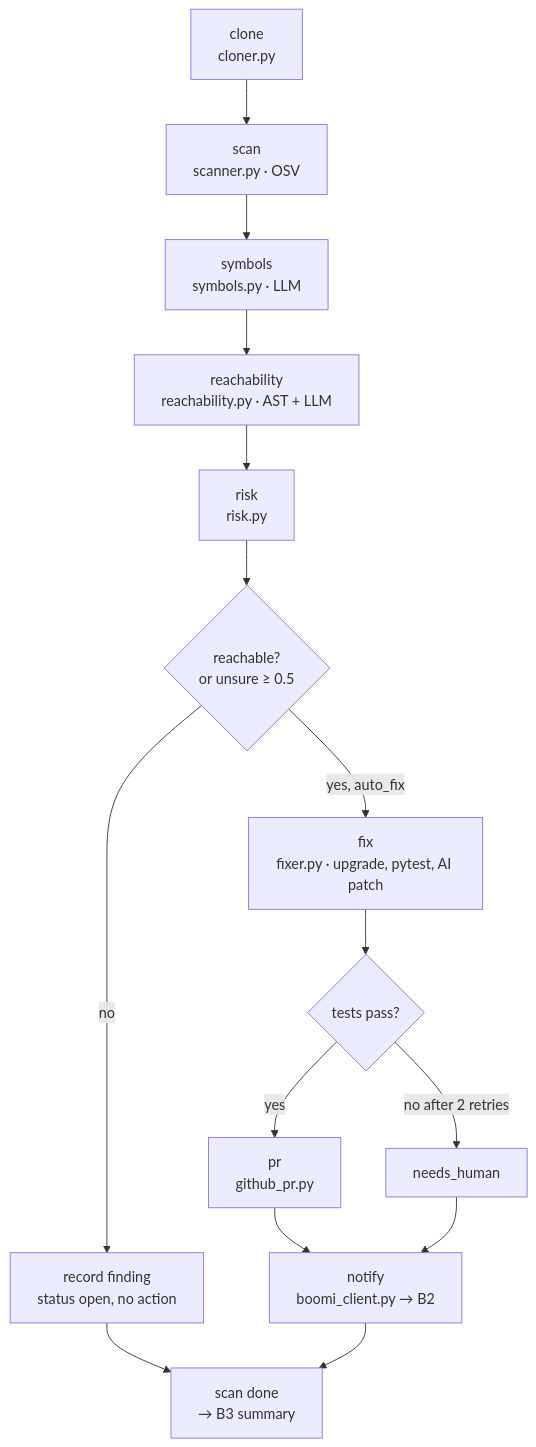
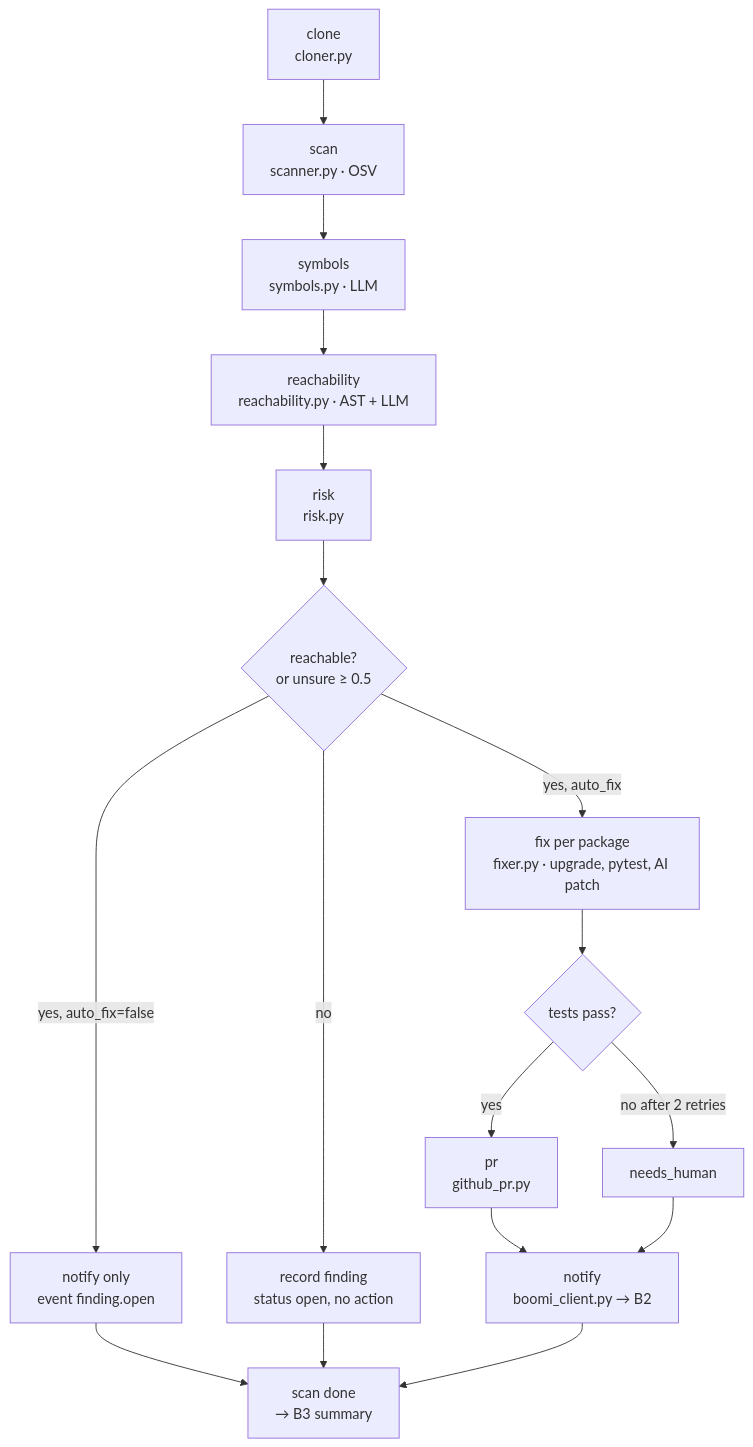
Before and after one commit to BommepalliRoop/patchpilot-dryrun: the second of 11 diagrams in docs/DIAGRAMS.md, drawn with Mermaid. The commit also changed other lines of this file and 16 other files, not shown here.

````diff
--- a/docs/DIAGRAMS.md
+++ b/docs/DIAGRAMS.md
@@ -70,17 +70,19 @@
 ```mermaid
 flowchart TD
     A[clone<br/>cloner.py] --> B[scan<br/>scanner.py · OSV]
     B --> C[symbols<br/>symbols.py · LLM]
     C --> D[reachability<br/>reachability.py · AST + LLM]
     D --> E[risk<br/>risk.py]
     E --> G{reachable?<br/>or unsure ≥ 0.5}
     G -- no --> K[record finding<br/>status open, no action]
-    G -- yes, auto_fix --> F[fix<br/>fixer.py · upgrade, pytest, AI patch]
+    G -- yes, auto_fix=false --> O[notify only<br/>event finding.open]
+    O --> S
+    G -- yes, auto_fix --> F[fix per package<br/>fixer.py · upgrade, pytest, AI patch]
     F --> H{tests pass?}
     H -- yes --> P[pr<br/>github_pr.py]
     H -- no after 2 retries --> N[needs_human]
     P --> Q[notify<br/>boomi_client.py → B2]
     N --> Q
     K --> S
     Q --> S[scan done<br/>→ B3 summary]
 ```
````
